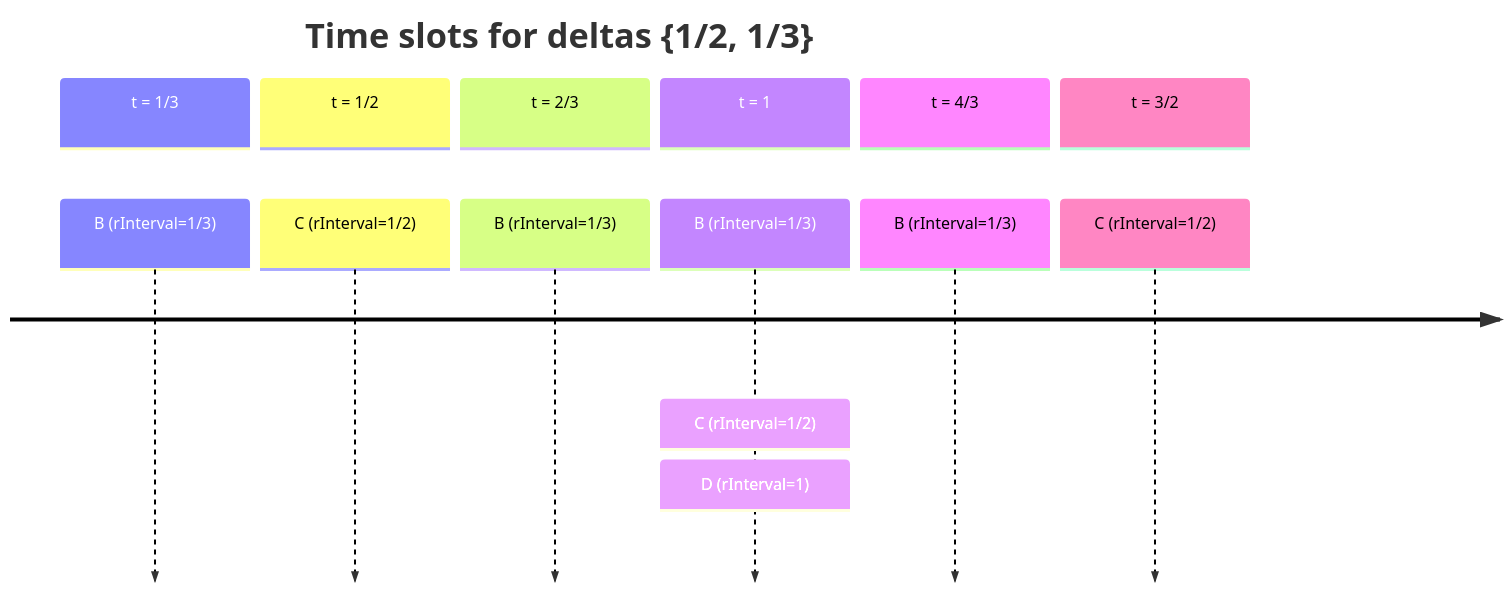
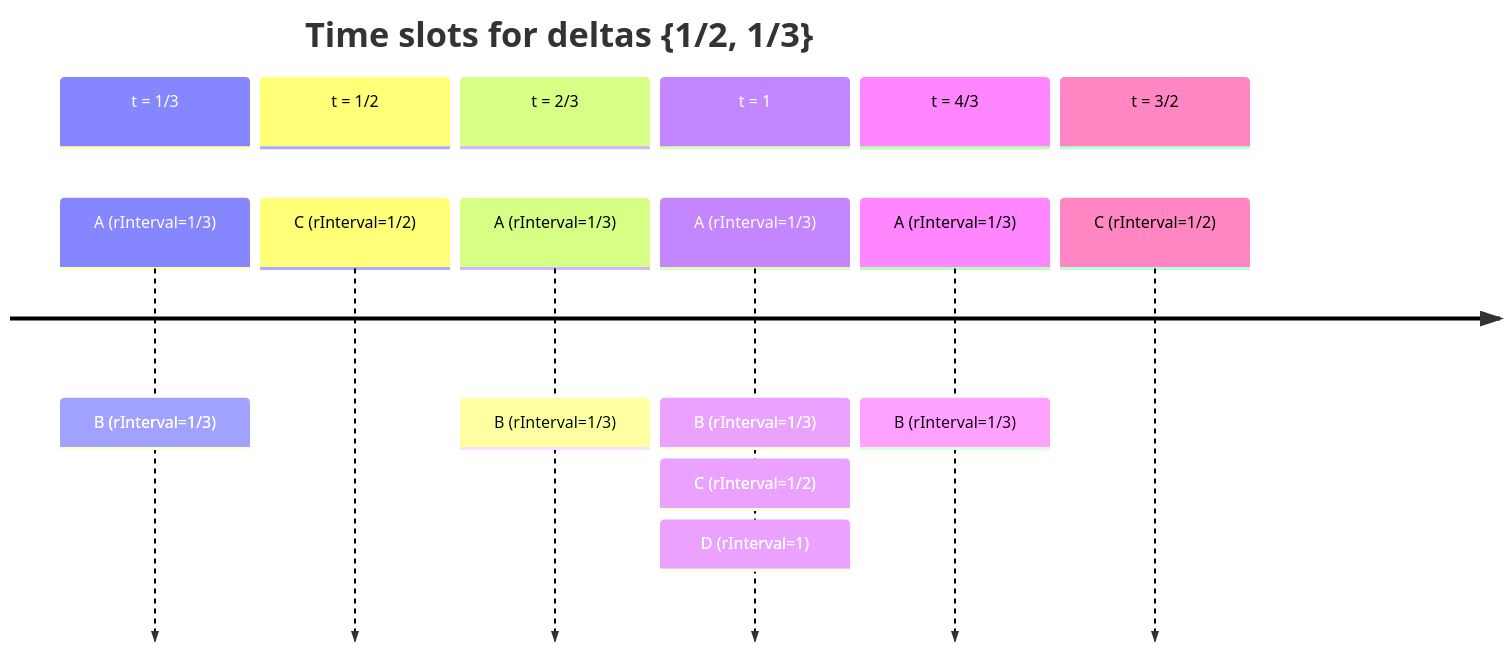
One commit to michalwidera/documentation-rdb changed the third of 6 diagrams in query-execution/query-tree-traversal-algorithm.md. Above: the diagram before and after it, drawn with Mermaid. The commit also changed other lines of this file and 4 other files, not shown here.

````diff
--- a/query-execution/query-tree-traversal-algorithm.md
+++ b/query-execution/query-tree-traversal-algorithm.md
@@ -59,17 +60,17 @@
 ```mermaid
 %% pdf-width: 100%
 timeline
     title Time slots for deltas {1/2, 1/3}
     section t = 1/3
-        B (rInterval=1/3)
+        A (rInterval=1/3) : B (rInterval=1/3)
     section t = 1/2
         C (rInterval=1/2)
     section t = 2/3
-        B (rInterval=1/3)
+        A (rInterval=1/3) : B (rInterval=1/3)
     section t = 1
-        B (rInterval=1/3) : C (rInterval=1/2) : D (rInterval=1)
+        A (rInterval=1/3) : B (rInterval=1/3) : C (rInterval=1/2) : D (rInterval=1)
     section t = 4/3
-        B (rInterval=1/3)
+        A (rInterval=1/3) : B (rInterval=1/3)
     section t = 3/2
         C (rInterval=1/2)
 ```
````
